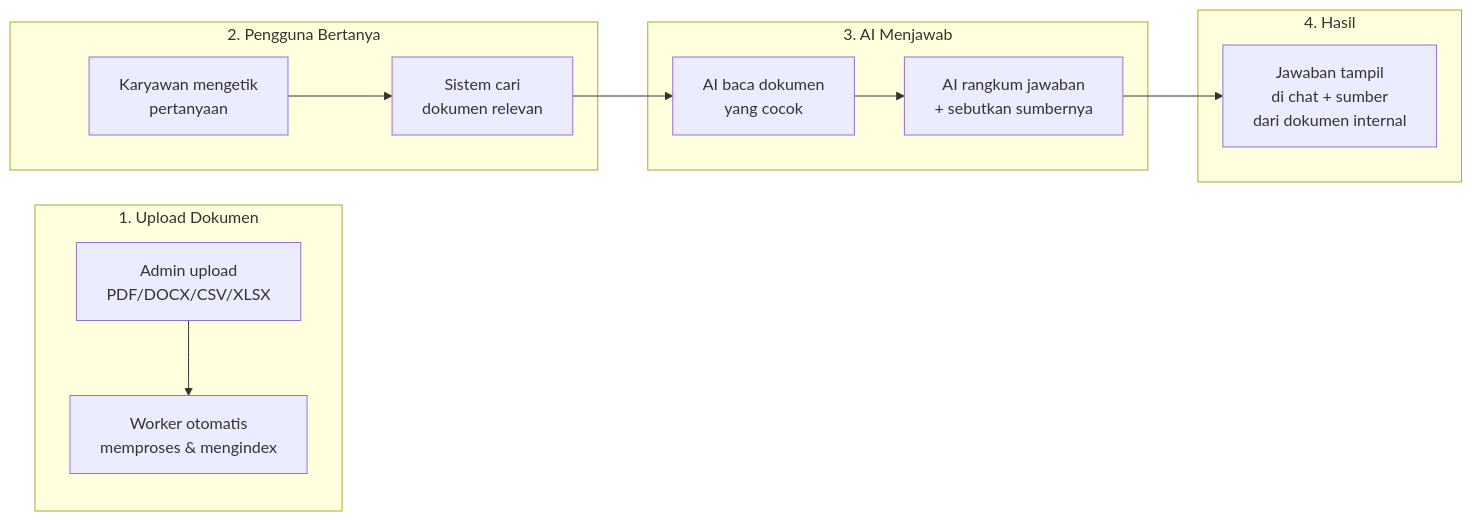
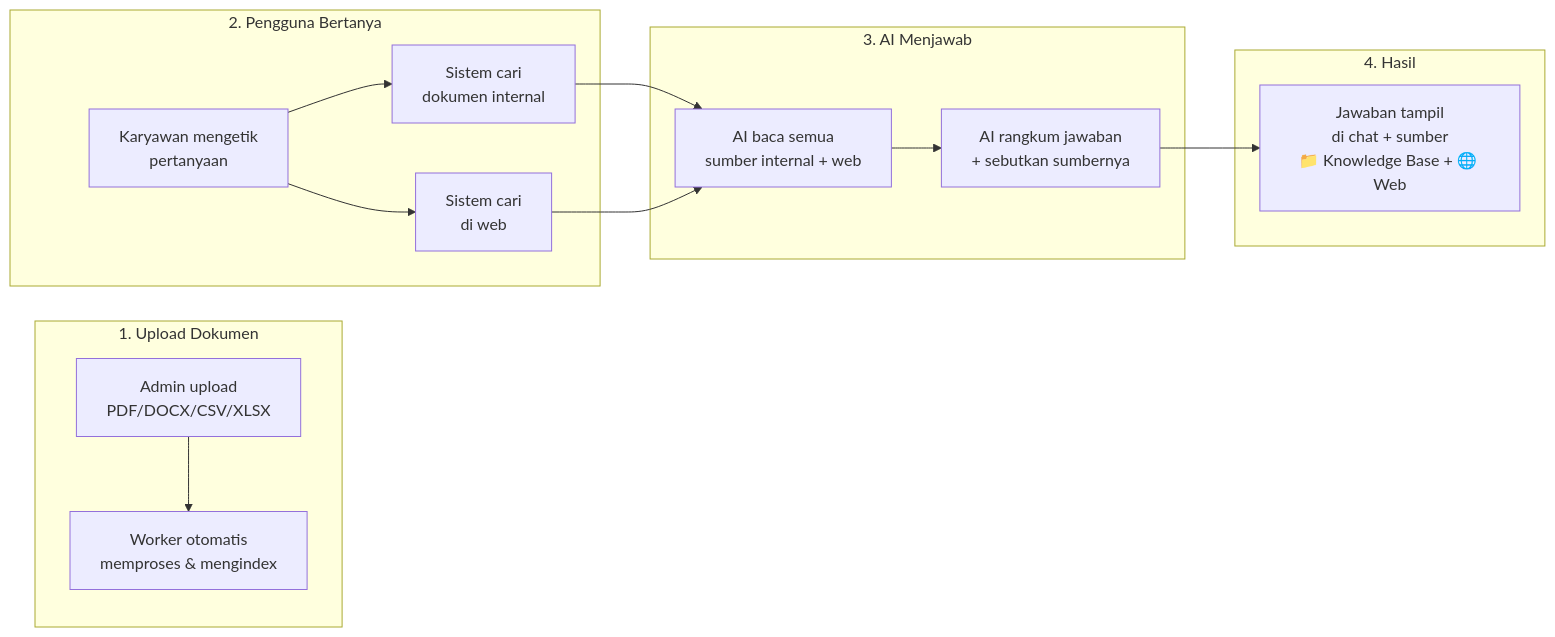
Before and after one commit to zidanbrilliant/chatbot-rag: the third of 8 diagrams in README.md, drawn with Mermaid. The commit also changed other lines of this file, not shown here.

Commit message:
docs: update README and AGENTS.md with hybrid search architecture

````diff
--- a/README.md
+++ b/README.md
@@ -152,18 +158,19 @@
 ```mermaid
 flowchart LR
     subgraph "1. Upload Dokumen"
         A1[Admin upload<br/>PDF/DOCX/CSV/XLSX] --> A2[Worker otomatis<br/>memproses & mengindex]
     end
 
     subgraph "2. Pengguna Bertanya"
-        B1[Karyawan mengetik<br/>pertanyaan] --> B2[Sistem cari<br/>dokumen relevan]
+        B1[Karyawan mengetik<br/>pertanyaan] --> B2[Sistem cari<br/>dokumen internal] & B3[Sistem cari<br/>di web]
     end
 
     subgraph "3. AI Menjawab"
-        B2 --> C1[AI baca dokumen<br/>yang cocok] --> C2[AI rangkum jawaban<br/>+ sebutkan sumbernya]
+        B2 & B3 --> C1[AI baca semua<br/>sumber internal + web]
+        C1 --> C2[AI rangkum jawaban<br/>+ sebutkan sumbernya]
     end
 
     subgraph "4. Hasil"
-        C2 --> D1[Jawaban tampil<br/>di chat + sumber<br/>dari dokumen internal]
+        C2 --> D1[Jawaban tampil<br/>di chat + sumber<br/>📁 Knowledge Base + 🌐 Web]
     end
 ```
````
